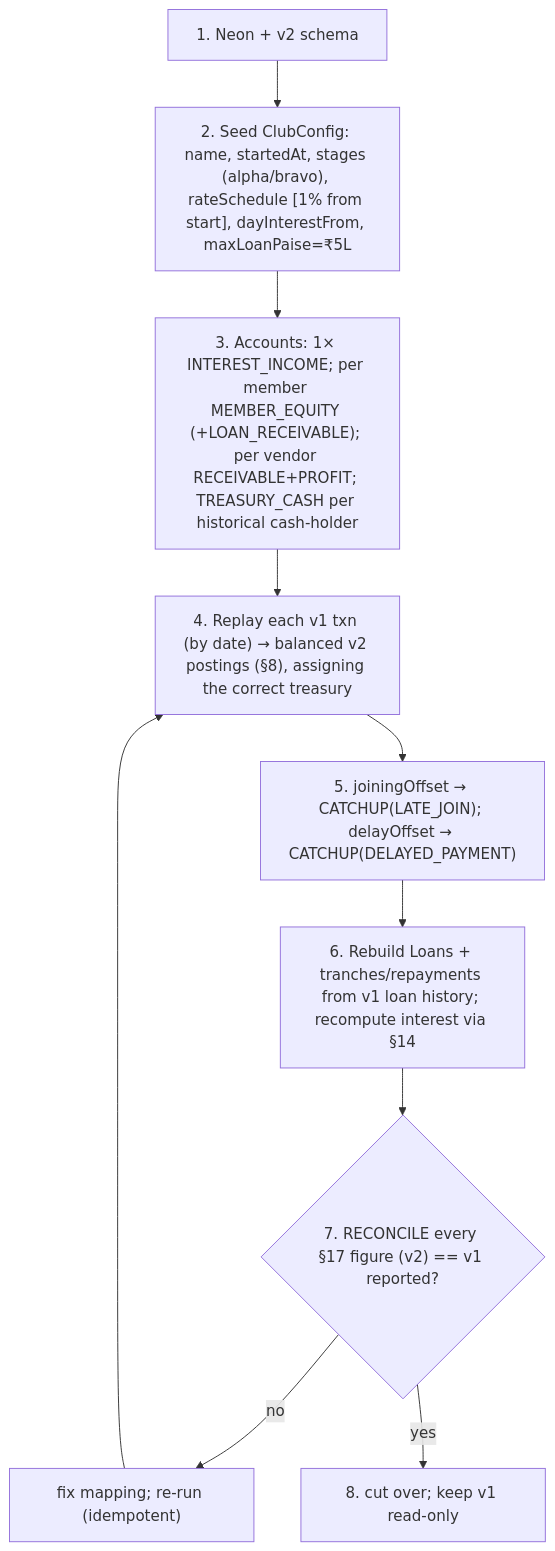
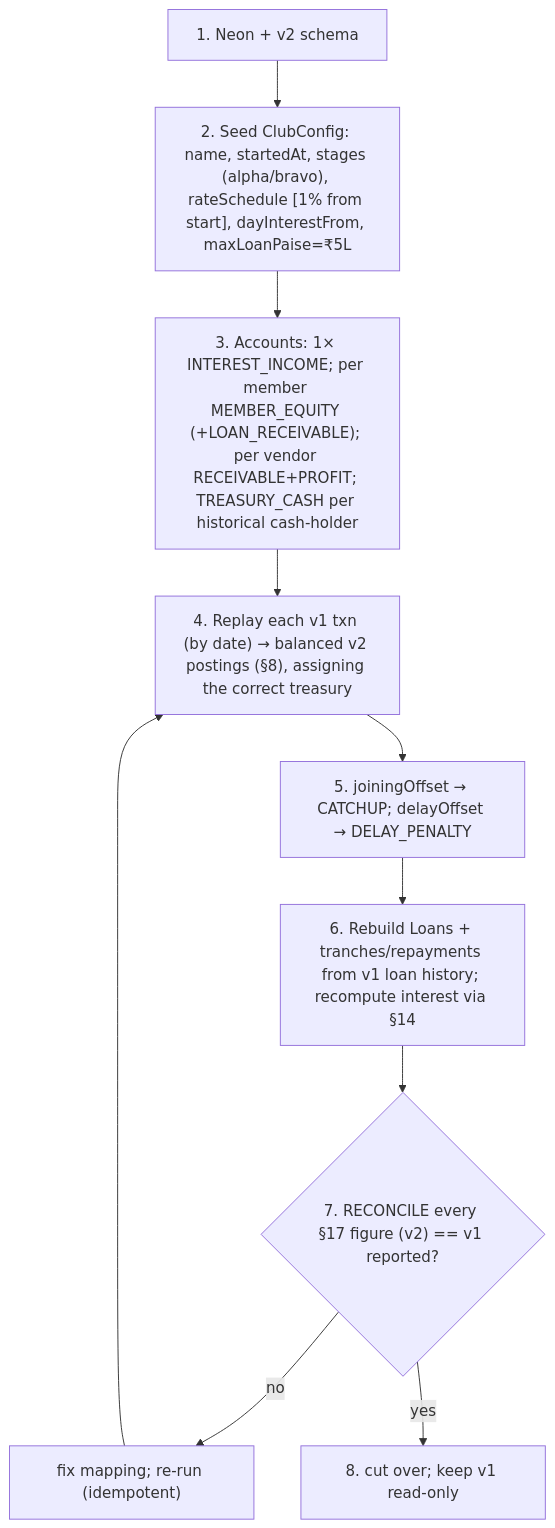
One commit to iam-hussain/peacock changed the seventh of 7 diagrams in docs/IMPLEMENTATION_PLAN.md. Above: the diagram before and after it, drawn with Mermaid. The commit also changed other lines of this file and 3 other files, not shown here.

````diff
--- a/docs/IMPLEMENTATION_PLAN.md
+++ b/docs/IMPLEMENTATION_PLAN.md
@@ -1266,11 +1292,11 @@
 ```mermaid
 flowchart TD
   S1["1. Neon + v2 schema"] --> S2["2. Seed ClubConfig: name, startedAt, stages (alpha/bravo), rateSchedule [1% from start], dayInterestFrom, maxLoanPaise=₹5L"]
   S2 --> S3["3. Accounts: 1× INTEREST_INCOME; per member MEMBER_EQUITY (+LOAN_RECEIVABLE); per vendor RECEIVABLE+PROFIT; TREASURY_CASH per historical cash-holder"]
   S3 --> S4["4. Replay each v1 txn (by date) → balanced v2 postings (§8), assigning the correct treasury"]
-  S4 --> S5["5. joiningOffset → CATCHUP(LATE_JOIN); delayOffset → CATCHUP(DELAYED_PAYMENT)"]
+  S4 --> S5["5. joiningOffset → CATCHUP; delayOffset → DELAY_PENALTY"]
   S5 --> S6["6. Rebuild Loans + tranches/repayments from v1 loan history; recompute interest via §14"]
   S6 --> S7{"7. RECONCILE every §17 figure (v2) == v1 reported?"}
   S7 -->|no| S8["fix mapping; re-run (idempotent)"] --> S4
   S7 -->|yes| S9["8. cut over; keep v1 read-only"]
 ```
````
